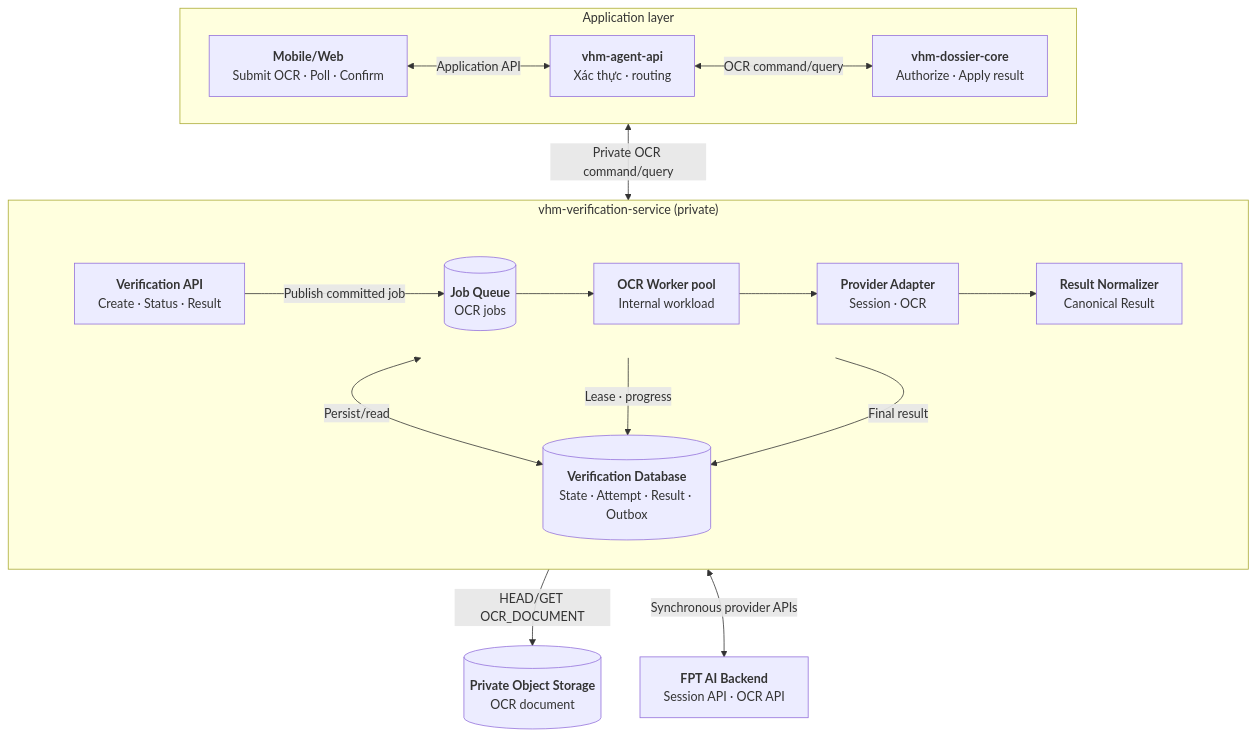
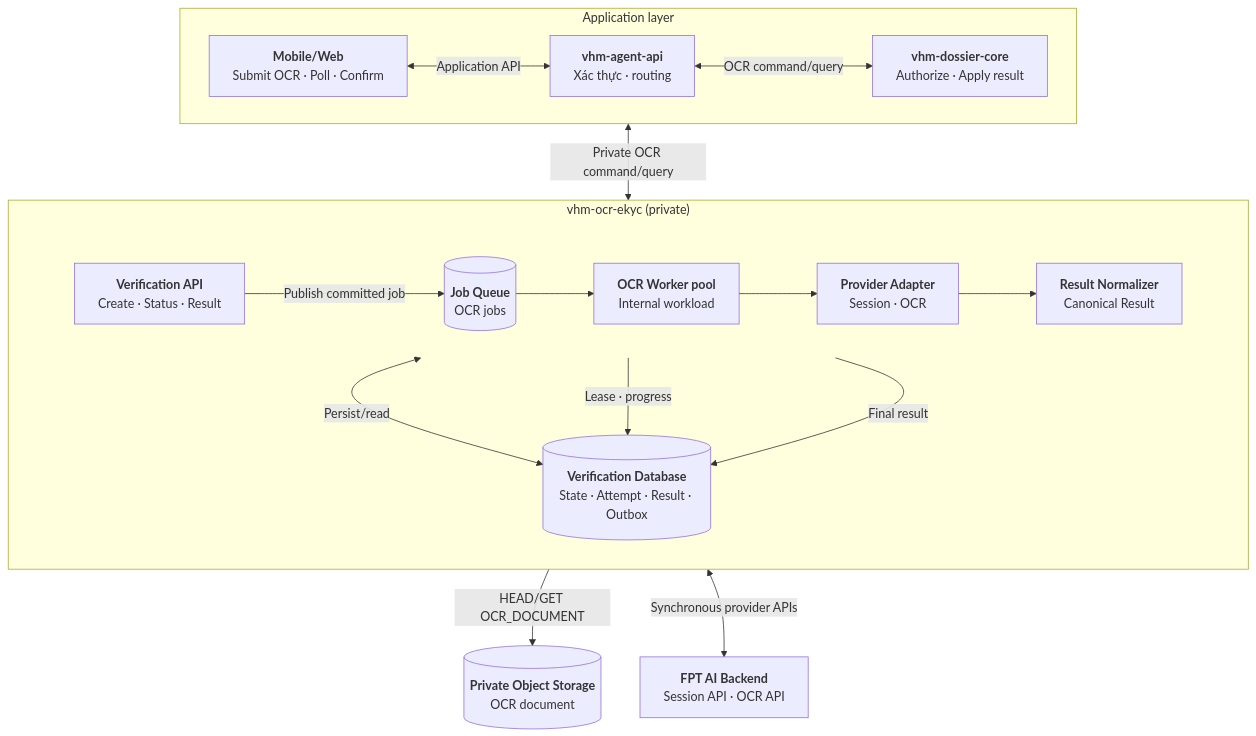
One commit to huynv-xyz/vhm changed the second of 7 diagrams in noxh-ekyc.md. Above: the diagram before and after it, drawn with Mermaid. The commit also changed other lines of this file, not shown here.

````diff
--- a/noxh-ekyc.md
+++ b/noxh-ekyc.md
@@ -125,52 +125,52 @@
 ```mermaid
 flowchart TB
     subgraph APP["Application layer"]
         direction LR
         CLIENT["`**Mobile/Web**
 Submit OCR · Poll · Confirm`"]
         BFF["`**vhm-agent-api**
 Xác thực · routing`"]
         DOMAIN["`**vhm-dossier-core**
 Authorize · Apply result`"]
 
         CLIENT <-->|"Application API"| BFF
         BFF <-->|"OCR command/query"| DOMAIN
     end
 
-    subgraph VERIFY["vhm-verification-service (private)"]
+    subgraph VERIFY["vhm-ocr-ekyc (private)"]
         direction TB
         subgraph PIPELINE[" "]
             direction LR
             API["`**Verification API**
 Create · Status · Result`"]
             QUEUE[("`**Job Queue**
 OCR jobs`")]
             WORKER["`**OCR Worker pool**
 Internal workload`"]
             ADAPTER["`**Provider Adapter**
 Session · OCR`"]
             NORMALIZE["`**Result Normalizer**
 Canonical Result`"]
             API -->|"Publish committed job"| QUEUE
             QUEUE --> WORKER --> ADAPTER --> NORMALIZE
         end
 
         DB[("`**Verification Database**
 State · Attempt · Result · Outbox`")]
 
         API <-->|"Persist/read"| DB
         WORKER -->|"Lease · progress"| DB
         NORMALIZE -->|"Final result"| DB
     end
 
     style PIPELINE fill:transparent,stroke:transparent
 
     STORAGE[("`**Private Object Storage**
 OCR document`")]
     FPT["`**FPT AI Backend**
 Session API · OCR API`"]
 
     DOMAIN <-->|"Private OCR command/query"| API
     WORKER -->|"HEAD/GET OCR_DOCUMENT"| STORAGE
     ADAPTER <-->|"Synchronous provider APIs"| FPT
 ```
````
